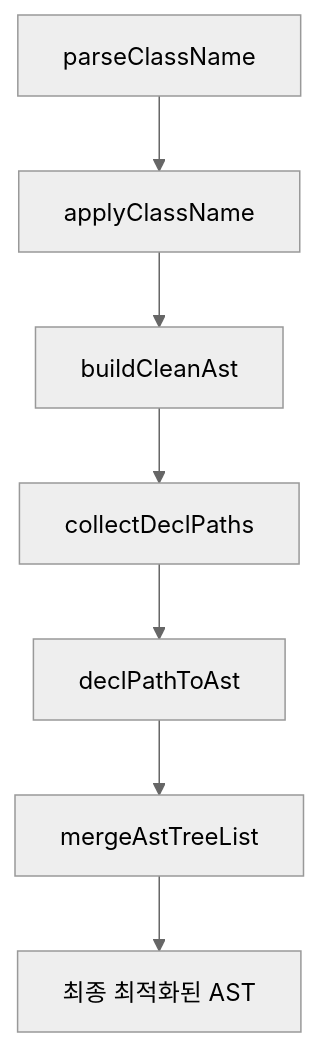
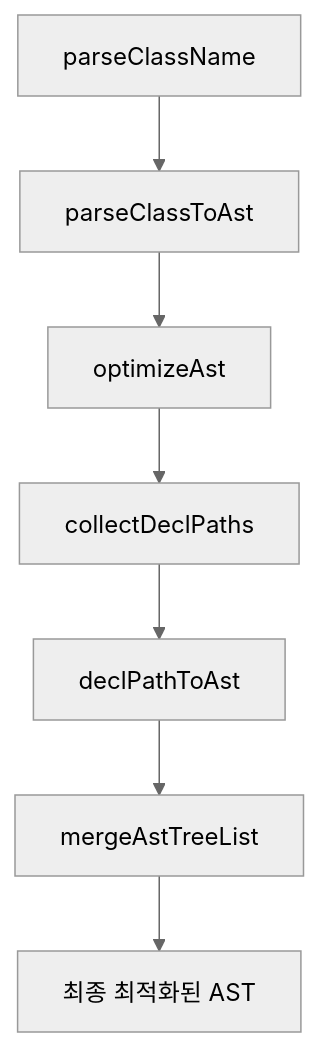
Before and after one commit to barocss/barocss: the diagram in packages/cssma-v4/docs/function-roles.md, drawn with Mermaid (neutral theme). The commit also changed other lines of this file and 32 other files, not shown here.

First line of the commit message:
refactor: rename applyClassName to parseClassToAst for clarity

````diff
--- a/packages/cssma-v4/docs/function-roles.md
+++ b/packages/cssma-v4/docs/function-roles.md
@@ -5,9 +5,9 @@
 ```mermaid
 graph TD
-    A[parseClassName] --> B[applyClassName]
-    B --> C[buildCleanAst]
+    A[parseClassName] --> B[parseClassToAst]
+    B --> C[optimizeAst]
     C --> D[collectDeclPaths]
     D --> E[declPathToAst]
     E --> F[mergeAstTreeList]
     F --> G[최종 최적화된 AST]
 ```
````
